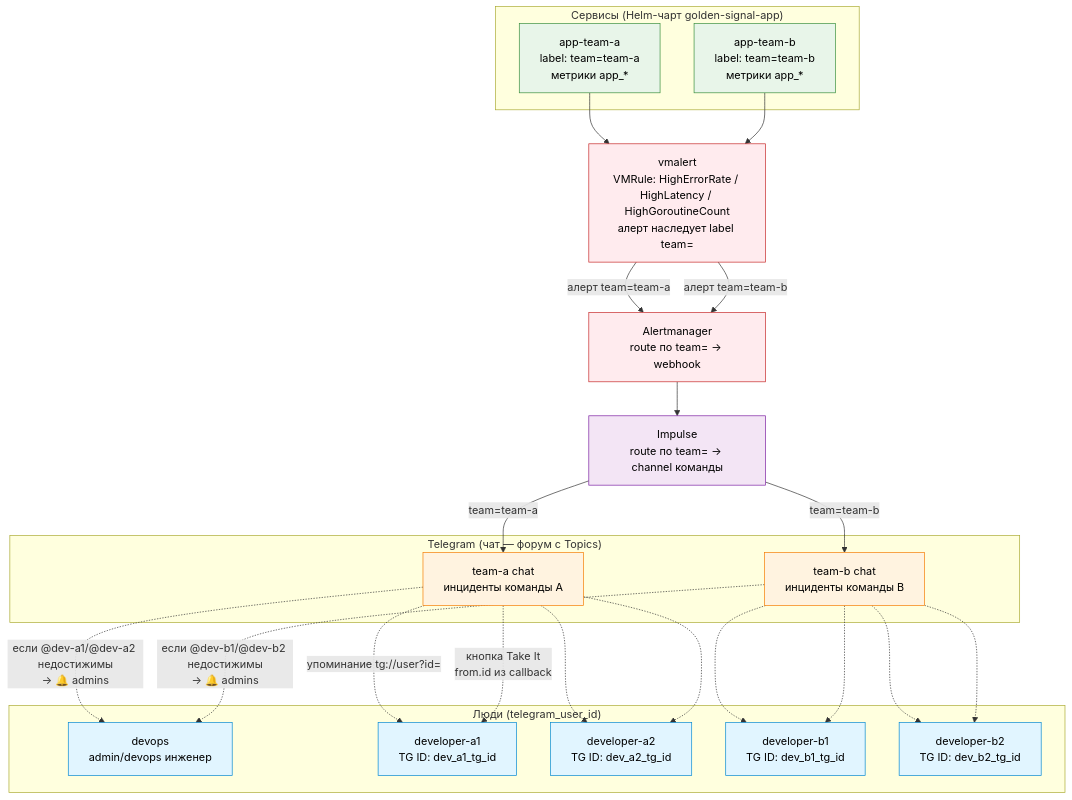
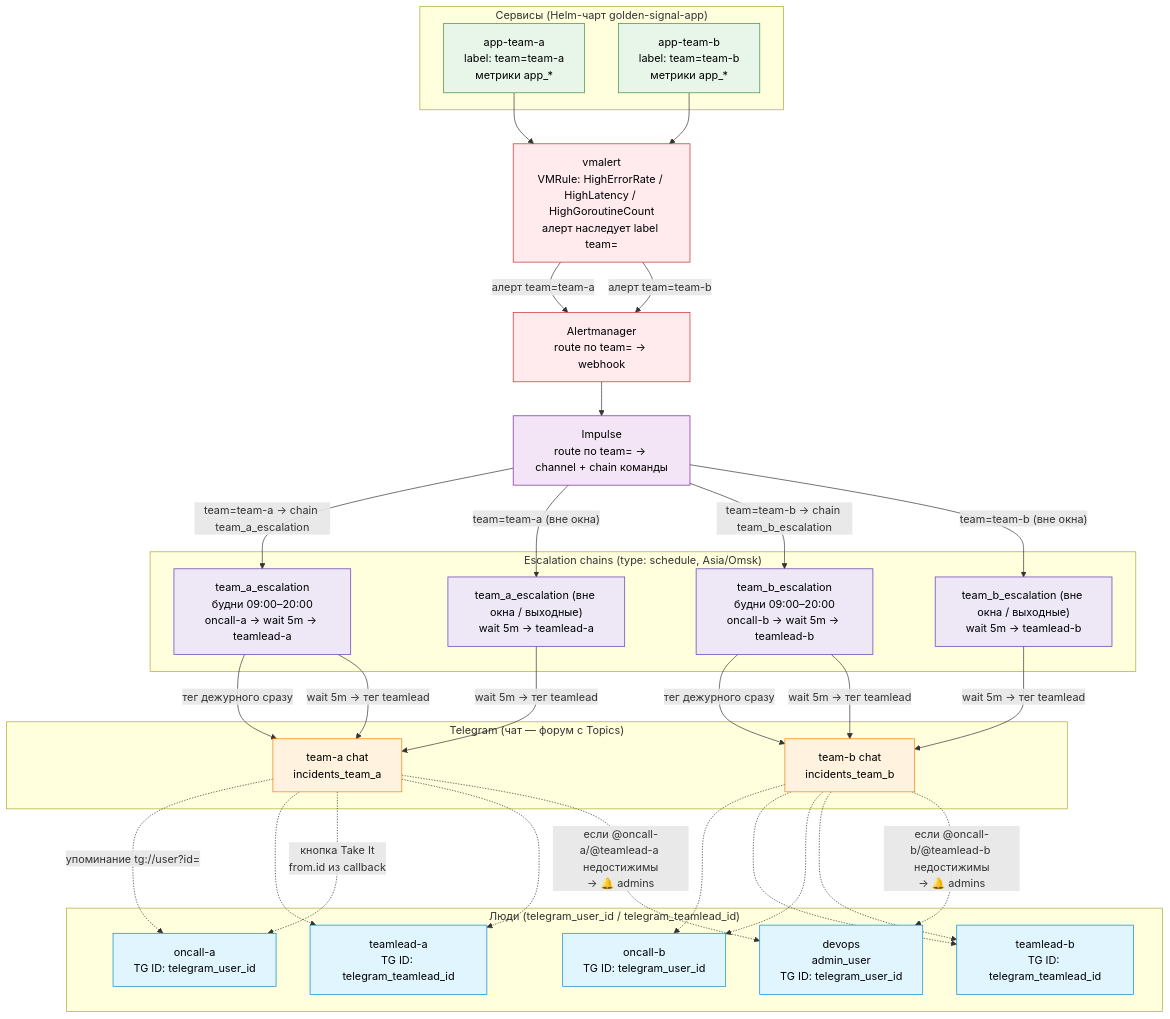
One commit to patsevanton/alert-templates-helm-vmalert-impulse changed the diagram in SCHEME.md. Above: the diagram before and after it, drawn with Mermaid. The commit also changed other lines of this file, not shown here.

Commit message:
Update SCHEME.md: add teamlead/oncall people and schedule-chain block
Replace developer-a1/a2/b1/b2 with actual roles from values-impulse.yaml.tftpl:
devops (admin_user), teamlead-a/b, oncall-a/b. Add Chains subgraph
showing team_a/team_b_escalation schedule-chains (Asia/Omsk, weekdays
09:00-20:00: oncall -> wait 5m -> teamlead; outside window: wait 5m ->
teamlead). Route alerts through chains before tagging people in chat.
Note that oncall-a/b/admin_user share one telegram_user_id and
teamlead-a/b share one telegram_teamlead_id in demo setup.

````diff
--- a/SCHEME.md
+++ b/SCHEME.md
@@ -5,56 +5,75 @@
 ```mermaid
 flowchart TD
     subgraph Apps["Сервисы (Helm-чарт golden-signal-app)"]
         APPA["app-team-a<br/>label: team=team-a<br/>метрики app_*"]
         APPB["app-team-b<br/>label: team=team-b<br/>метрики app_*"]
     end
 
     VMALERT["vmalert<br/>VMRule: HighErrorRate / HighLatency / HighGoroutineCount<br/>алерт наследует label team="]
     AM["Alertmanager<br/>route по team= → webhook"]
-    IMPULSE["Impulse<br/>route по team= → channel команды"]
-    subgraph Telegram["Telegram (чат — форум с Topics)"]
-        CHATA["team-a chat<br/>инциденты команды A"]
-        CHATB["team-b chat<br/>инциденты команды B"]
+    IMPULSE["Impulse<br/>route по team= → channel + chain команды"]
+
+    subgraph Chains["Escalation chains (type: schedule, Asia/Omsk)"]
+        CHA_ON["team_a_escalation<br/>будни 09:00–20:00<br/>oncall-a → wait 5m → teamlead-a"]
+        CHA_OFF["team_a_escalation (вне окна / выходные)<br/>wait 5m → teamlead-a"]
+        CHB_ON["team_b_escalation<br/>будни 09:00–20:00<br/>oncall-b → wait 5m → teamlead-b"]
+        CHB_OFF["team_b_escalation (вне окна / выходные)<br/>wait 5m → teamlead-b"]
     end
 
-    subgraph People["Люди (telegram_user_id)"]
-        DEVOPS["devops<br/>admin/devops инженер"]
-        DEVA1["developer-a1<br/>TG ID: dev_a1_tg_id"]
-        DEVA2["developer-a2<br/>TG ID: dev_a2_tg_id"]
-        DEVB1["developer-b1<br/>TG ID: dev_b1_tg_id"]
-        DEVB2["developer-b2<br/>TG ID: dev_b2_tg_id"]
+    subgraph Telegram["Telegram (чат — форум с Topics)"]
+        CHATA["team-a chat<br/>incidents_team_a"]
+        CHATB["team-b chat<br/>incidents_team_b"]
+    end
+
+    subgraph People["Люди (telegram_user_id / telegram_teamlead_id)"]
+        DEVOPS["devops<br/>admin_user<br/>TG ID: telegram_user_id"]
+        TLA["teamlead-a<br/>TG ID: telegram_teamlead_id"]
+        TLB["teamlead-b<br/>TG ID: telegram_teamlead_id"]
+        ONCA["oncall-a<br/>TG ID: telegram_user_id"]
+        ONCB["oncall-b<br/>TG ID: telegram_user_id"]
     end
 
     APPA --> VMALERT
     APPB --> VMALERT
     VMALERT -->|"алерт team=team-a"| AM
     VMALERT -->|"алерт team=team-b"| AM
     AM --> IMPULSE
-    IMPULSE -->|"team=team-a"| CHATA
-    IMPULSE -->|"team=team-b"| CHATB
+    IMPULSE -->|"team=team-a → chain team_a_escalation"| CHA_ON
+    IMPULSE -->|"team=team-a (вне окна)"| CHA_OFF
+    IMPULSE -->|"team=team-b → chain team_b_escalation"| CHB_ON
+    IMPULSE -->|"team=team-b (вне окна)"| CHB_OFF
 
-    CHATA -.->|"упоминание tg://user?id="| DEVA1
-    CHATA -.-> DEVA2
-    CHATB -.-> DEVB1
-    CHATB -.-> DEVB2
+    CHA_ON -->|"тег дежурного сразу"| CHATA
+    CHA_ON -->|"wait 5m → тег teamlead"| CHATA
+    CHA_OFF -->|"wait 5m → тег teamlead"| CHATA
+    CHB_ON -->|"тег дежурного сразу"| CHATB
+    CHB_ON -->|"wait 5m → тег teamlead"| CHATB
+    CHB_OFF -->|"wait 5m → тег teamlead"| CHATB
 
-    CHATA -.->|"кнопка Take It<br/>from.id из callback"| DEVA1
-    CHATA -.-> DEVA2
-    CHATB -.-> DEVB1
-    CHATB -.-> DEVB2
+    CHATA -.->|"упоминание tg://user?id="| ONCA
+    CHATA -.-> TLA
+    CHATB -.-> ONCB
+    CHATB -.-> TLB
 
-    CHATA -.->|"если @dev-a1/@dev-a2 недостижимы<br/>→ 🔔 admins"| DEVOPS
-    CHATB -.->|"если @dev-b1/@dev-b2 недостижимы<br/>→ 🔔 admins"| DEVOPS
+    CHATA -.->|"кнопка Take It<br/>from.id из callback"| ONCA
+    CHATA -.-> TLA
+    CHATB -.-> ONCB
+    CHATB -.-> TLB
+
+    CHATA -.->|"если @oncall-a/@teamlead-a недостижимы<br/>→ 🔔 admins"| DEVOPS
+    CHATB -.->|"если @oncall-b/@teamlead-b недостижимы<br/>→ 🔔 admins"| DEVOPS
 
     classDef app fill:#e8f5e9,stroke:#388e3c,color:#000
     classDef alert fill:#ffebee,stroke:#c62828,color:#000
     classDef impulse fill:#f3e5f5,stroke:#7b1fa2,color:#000
+    classDef chain fill:#ede7f6,stroke:#5e35b1,color:#000
     classDef chat fill:#fff3e0,stroke:#f57c00,color:#000
     classDef person fill:#e1f5ff,stroke:#0288d1,color:#000
 
     class APPA,APPB app
     class VMALERT,AM alert
     class IMPULSE impulse
+    class CHA_ON,CHA_OFF,CHB_ON,CHB_OFF chain
     class CHATA,CHATB chat
-    class DEVOPS,DEVA1,DEVA2,DEVB1,DEVB2 person
+    class DEVOPS,TLA,TLB,ONCA,ONCB person
 ```
````
